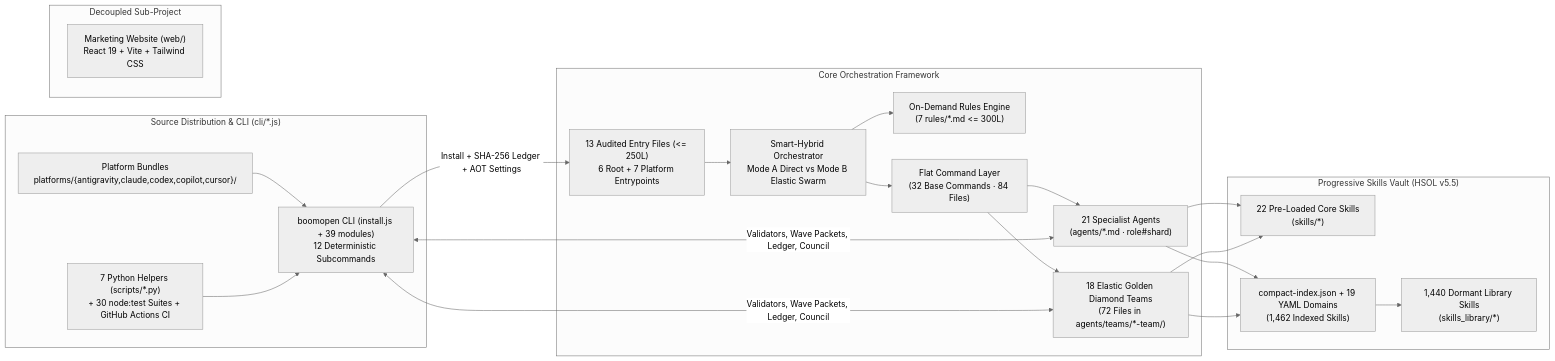
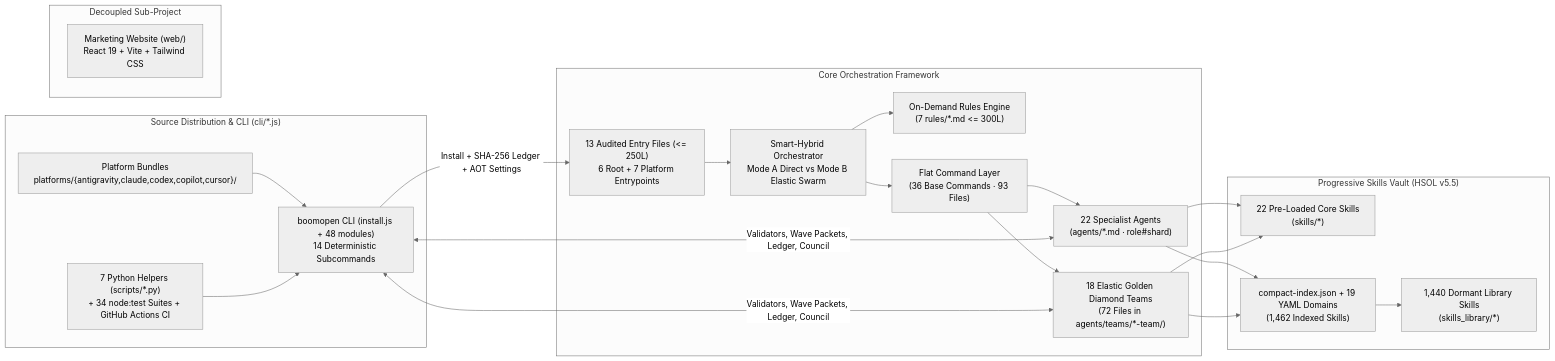
One commit to Kennyboom/BoomOpen-Workflow-Kit-Pro changed the diagram in documents/knowledge-architecture/02-components.md. Above: the diagram before and after it, drawn with Mermaid (neutral theme). The commit also changed other lines of this file and 99 other files, not shown here.

````diff
--- a/documents/knowledge-architecture/02-components.md
+++ b/documents/knowledge-architecture/02-components.md
@@ -29,37 +29,37 @@
 ```mermaid
 graph LR
     subgraph "Source Distribution & CLI (cli/*.js)"
-        CLI["boomopen CLI (install.js + 39 modules)<br/>12 Deterministic Subcommands"]
+        CLI["boomopen CLI (install.js + 48 modules)<br/>14 Deterministic Subcommands"]
         BUNDLES["Platform Bundles<br/>platforms/{antigravity,claude,codex,copilot,cursor}/"]
-        SCRIPTS["7 Python Helpers (scripts/*.py)<br/>+ 30 node:test Suites + GitHub Actions CI"]
+        SCRIPTS["7 Python Helpers (scripts/*.py)<br/>+ 34 node:test Suites + GitHub Actions CI"]
     end
 
     subgraph "Core Orchestration Framework"
         EP["13 Audited Entry Files (<= 250L)<br/>6 Root + 7 Platform Entrypoints"]
         ORC["Smart-Hybrid Orchestrator<br/>Mode A Direct vs Mode B Elastic Swarm"]
         RULES["On-Demand Rules Engine<br/>(7 rules/*.md <= 300L)"]
-        CMD["Flat Command Layer<br/>(32 Base Commands · 84 Files)"]
-        AG["21 Specialist Agents<br/>(agents/*.md · role#shard)"]
+        CMD["Flat Command Layer<br/>(36 Base Commands · 93 Files)"]
+        AG["22 Specialist Agents<br/>(agents/*.md · role#shard)"]
         TM["18 Elastic Golden Diamond Teams<br/>(72 Files in agents/teams/*-team/)"]
     end
 
     subgraph "Progressive Skills Vault (HSOL v5.5)"
         CORE_SK["22 Pre-Loaded Core Skills<br/>(skills/*)"]
         IDX["compact-index.json + 19 YAML Domains<br/>(1,462 Indexed Skills)"]
         LIB_SK["1,440 Dormant Library Skills<br/>(skills_library/*)"]
     end
 
     subgraph "Decoupled Sub-Project"
         WEB["Marketing Website (web/)<br/>React 19 + Vite + Tailwind CSS"]
     end
 
     BUNDLES --> CLI
     CLI -->|"Install + SHA-256 Ledger + AOT Settings"| EP
     EP --> ORC
     ORC --> RULES & CMD
     CMD --> AG & TM
     AG & TM --> CORE_SK & IDX
     IDX --> LIB_SK
     CLI <-->|"Validators, Wave Packets, Ledger, Council"| AG & TM
     SCRIPTS --> CLI
 ```
````
